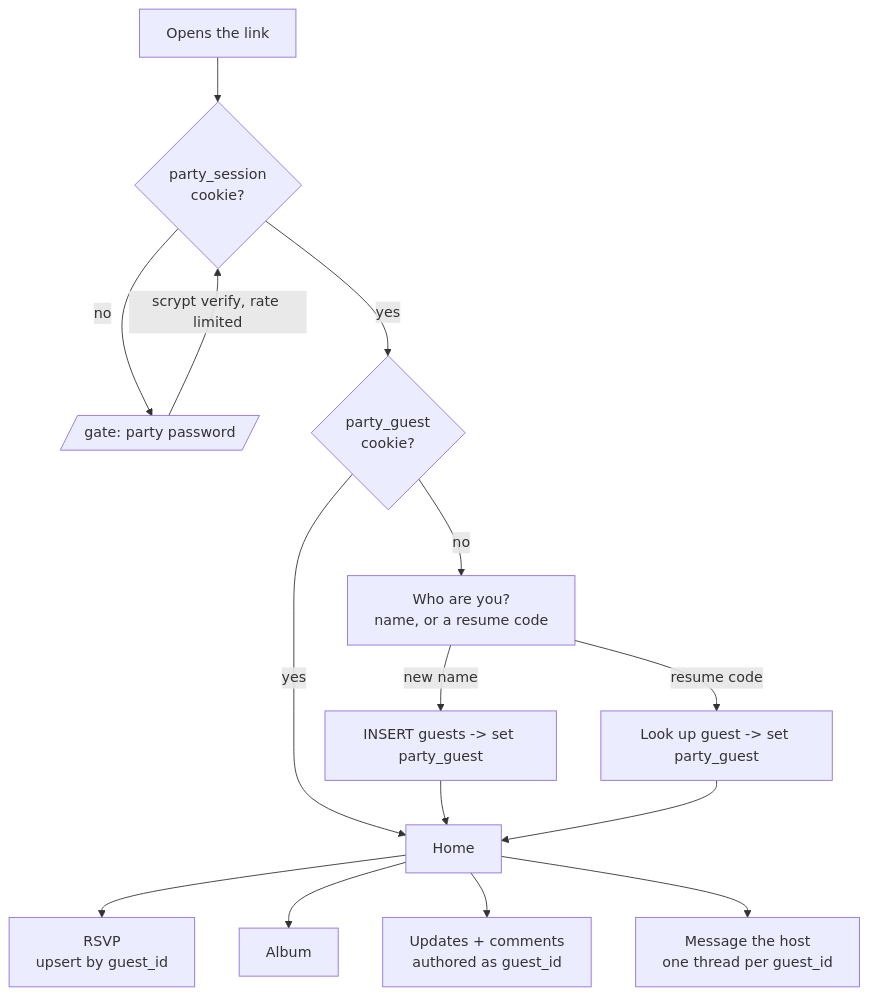
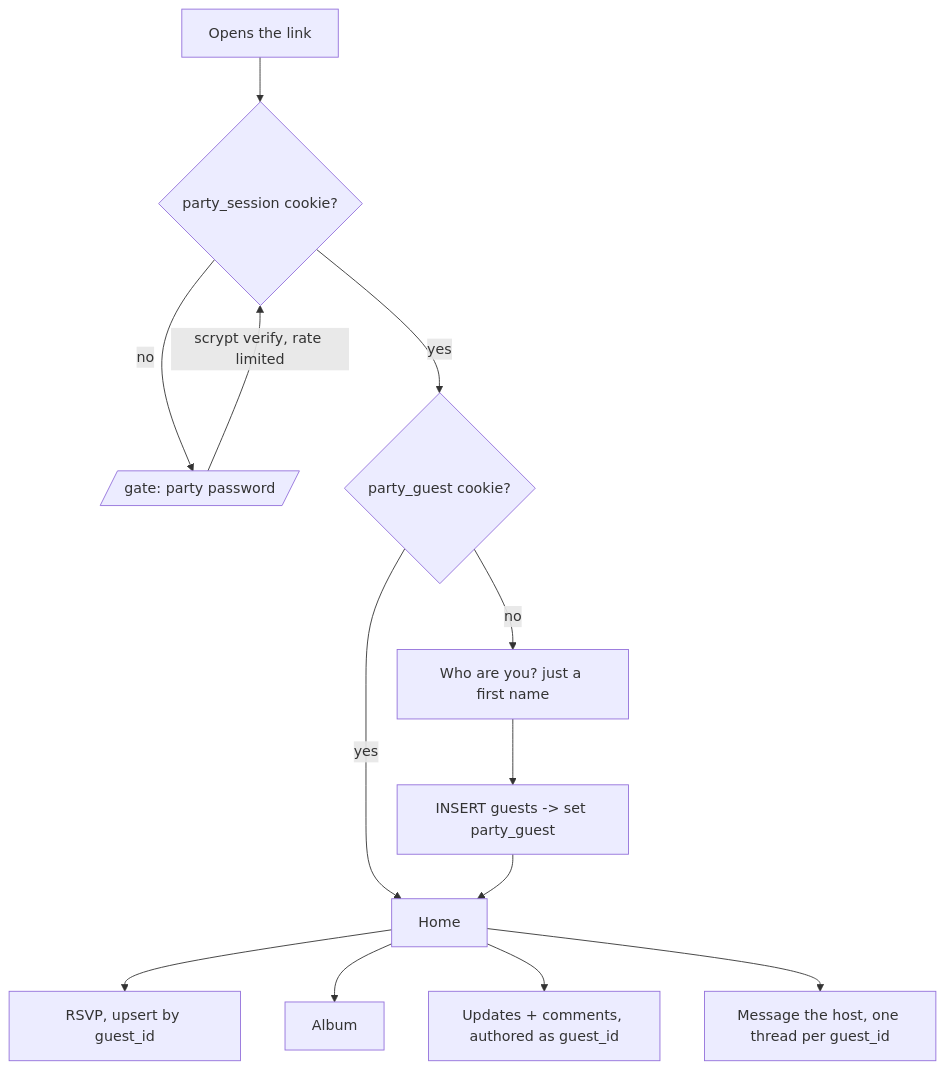
Before and after one commit to teamupstart/mission-control: the second of 4 diagrams in docs/plans/anniversary-party-site/plan.md, drawn with Mermaid. The commit also changed other lines of this file and 4 other files, not shown here.

````diff
--- a/docs/plans/anniversary-party-site/plan.md
+++ b/docs/plans/anniversary-party-site/plan.md
@@ -79,17 +112,15 @@
 ```mermaid
 flowchart TD
-  A[Opens the link] --> B{party_session<br/>cookie?}
+  A[Opens the link] --> B{party_session cookie?}
   B -- no --> C[/gate: party password/]
   C -->|scrypt verify, rate limited| B
-  B -- yes --> D{party_guest<br/>cookie?}
-  D -- no --> E[Who are you?<br/>name, or a resume code]
-  E -->|new name| F[INSERT guests -> set party_guest]
-  E -->|resume code| G[Look up guest -> set party_guest]
+  B -- yes --> D{party_guest cookie?}
+  D -- no --> E[Who are you? just a first name]
+  E --> F[INSERT guests -> set party_guest]
   D -- yes --> H[Home]
   F --> H
-  G --> H
-  H --> I[RSVP<br/>upsert by guest_id]
+  H --> I[RSVP, upsert by guest_id]
   H --> J[Album]
-  H --> K[Updates + comments<br/>authored as guest_id]
-  H --> L[Message the host<br/>one thread per guest_id]
+  H --> K[Updates + comments, authored as guest_id]
+  H --> L[Message the host, one thread per guest_id]
 ```
````
